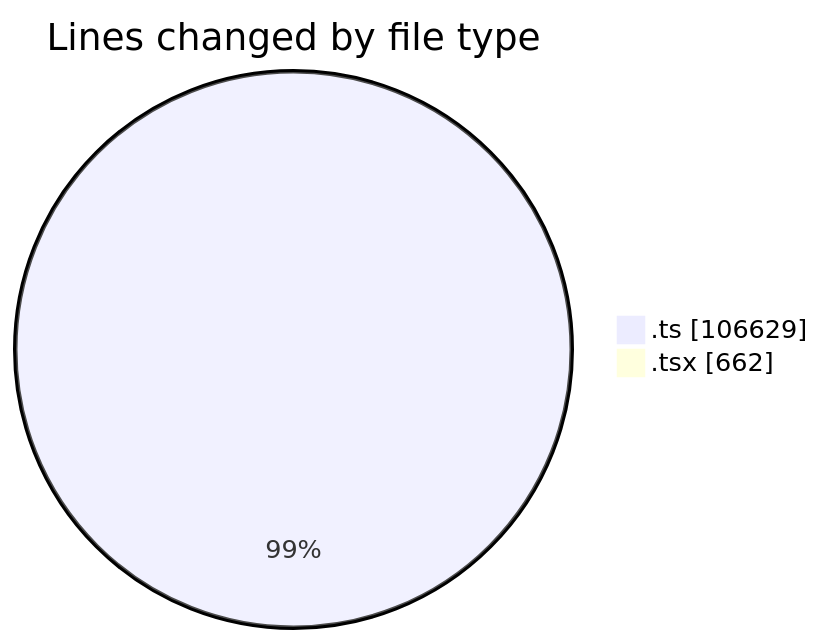
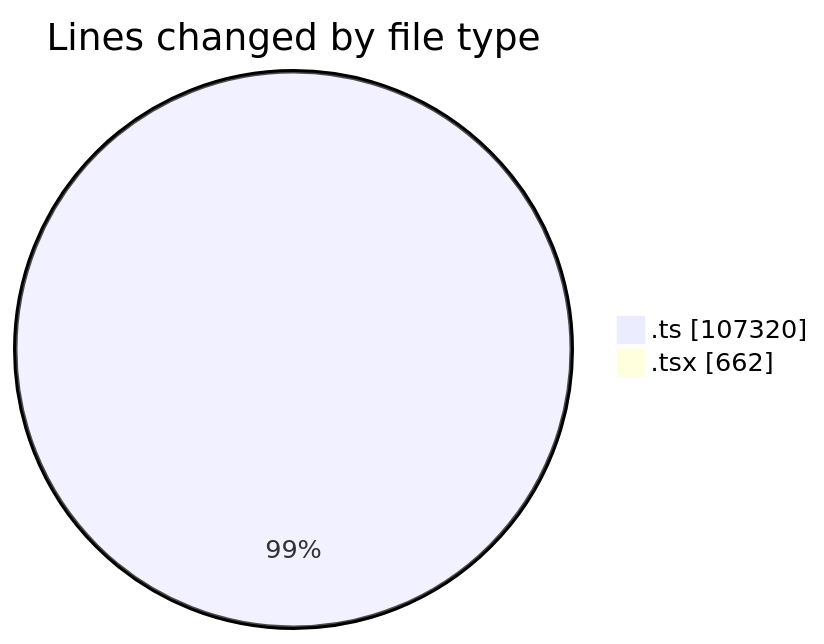
The first of 2 diagrams in 2025-08-22/cda/README.md (momahboobian/code-tracking), drawn with Mermaid before and after one commit. The commit also changed other lines of this file and 1 other file, not shown here.

````diff
--- a/2025-08-22/cda/README.md
+++ b/2025-08-22/cda/README.md
@@ -31,6 +32,6 @@
 ```mermaid
 pie showData
 title Lines changed by file type
-".ts" : 106629
+".ts" : 107320
 ".tsx" : 662
 ```
````
